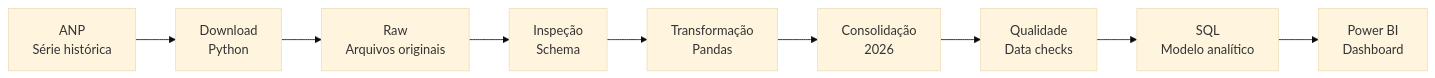
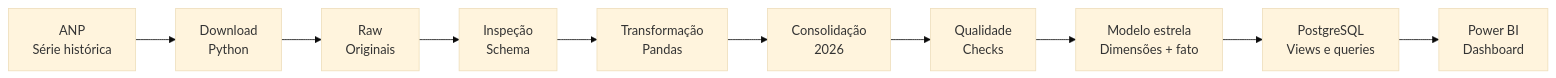
Before and after one commit to peedrovinicius/observatorio-combustiveis-brasil: the first of 2 diagrams in README.md, drawn with Mermaid (base theme). The commit also changed other lines of this file and 8 other files, not shown here.

````diff
--- a/README.md
+++ b/README.md
@@ -27,11 +27,12 @@
 ```mermaid
 flowchart LR
     A[ANP<br/>Série histórica] --> B[Download<br/>Python]
-    B --> C[Raw<br/>Arquivos originais]
+    B --> C[Raw<br/>Originais]
     C --> D[Inspeção<br/>Schema]
     D --> E[Transformação<br/>Pandas]
     E --> F[Consolidação<br/>2026]
-    F --> G[Qualidade<br/>Data checks]
-    G --> H[SQL<br/>Modelo analítico]
-    H --> I[Power BI<br/>Dashboard]
+    F --> G[Qualidade<br/>Checks]
+    G --> H[Modelo estrela<br/>Dimensões + fato]
+    H --> I[PostgreSQL<br/>Views e queries]
+    I --> J[Power BI<br/>Dashboard]
 ```
````
